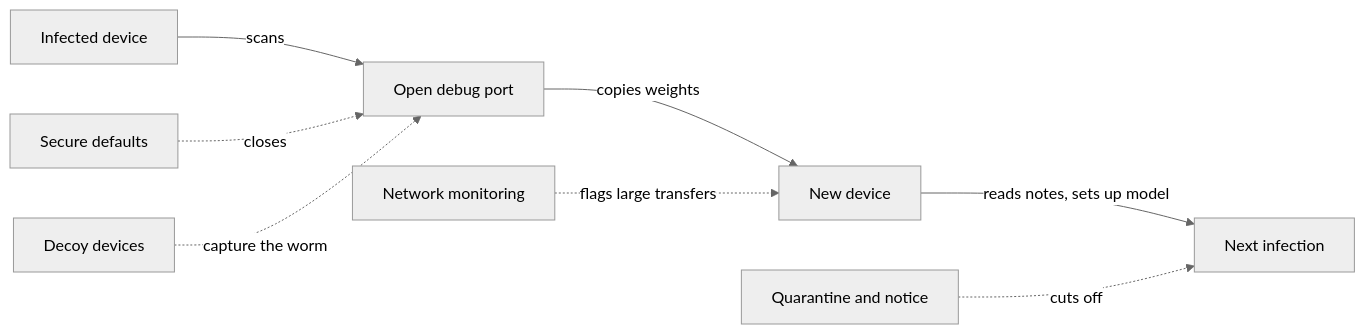
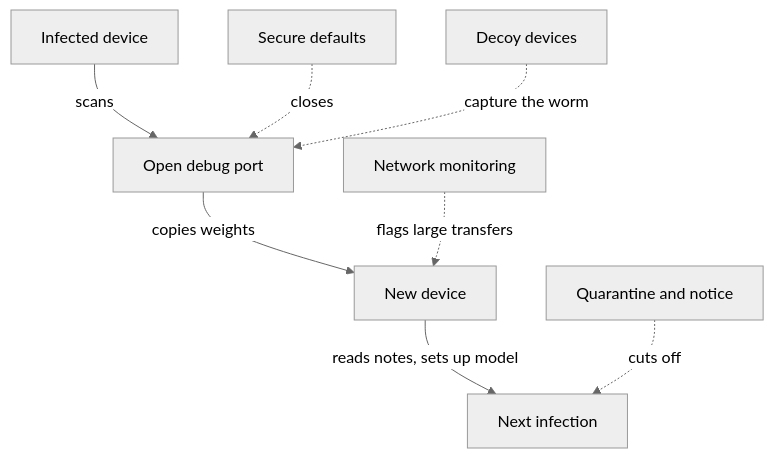
Before and after one commit to 21st-century-pluribus/intelligent-systems-charter: the diagram in essays/12_the-worm-that-takes-notes.md, drawn with Mermaid (neutral theme). The commit also changed 1 other file, not shown here.

Commit message:
Essay 12: lay out the diagram top to bottom so it renders legibly

````diff
--- a/essays/12_the-worm-that-takes-notes.md
+++ b/essays/12_the-worm-that-takes-notes.md
@@ -54,10 +54,10 @@
 ```mermaid
-flowchart LR
+flowchart TD
   A["Infected device"] -->|scans| B["Open debug port"]
   B -->|copies weights| C["New device"]
   C -->|reads notes, sets up model| A2["Next infection"]
   D1["Secure defaults"] -.->|closes| B
   D2["Network monitoring"] -.->|flags large transfers| C
   D3["Quarantine and notice"] -.->|cuts off| A2
   D4["Decoy devices"] -.->|capture the worm| B
 ```
````
